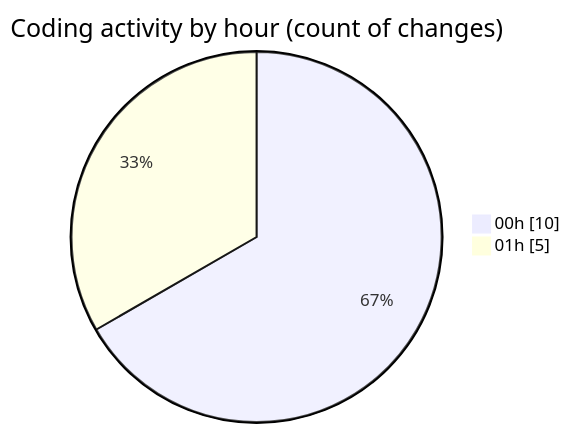
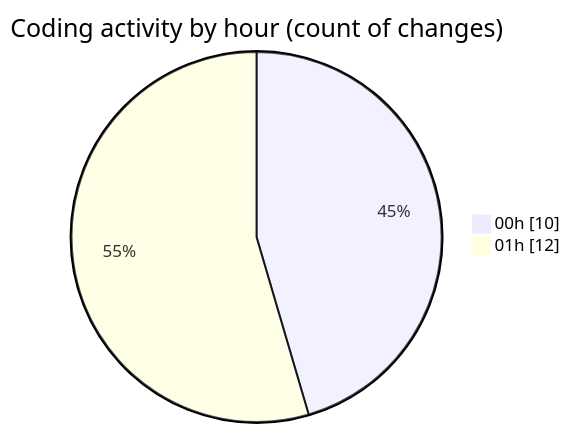
The second of 2 diagrams in 2025-07-30/appproject/README.md (lephambinh05/code-tracking), drawn with Mermaid before and after one commit. The commit also changed other lines of this file and 1 other file, not shown here.

````diff
--- a/2025-07-30/appproject/README.md
+++ b/2025-07-30/appproject/README.md
@@ -33,6 +36,6 @@
 ```mermaid
 pie showData
 title Coding activity by hour (count of changes)
 "00h" : 10
-"01h" : 5
+"01h" : 12
 ```
````
